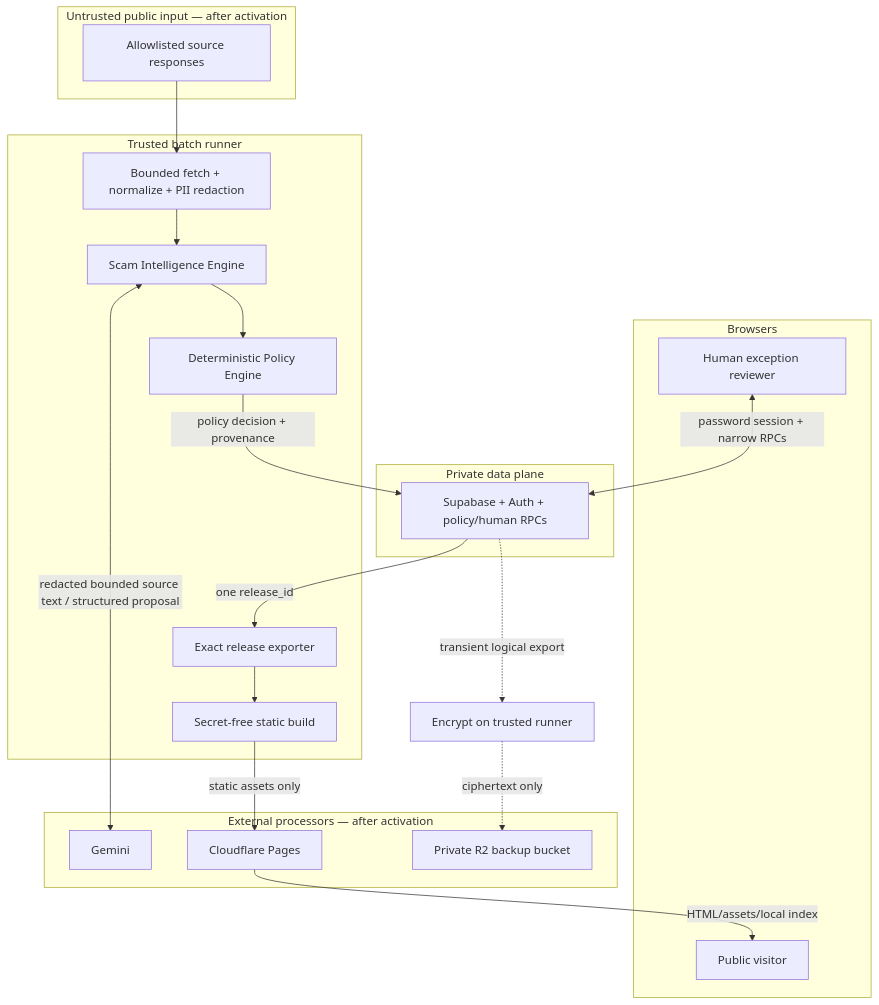
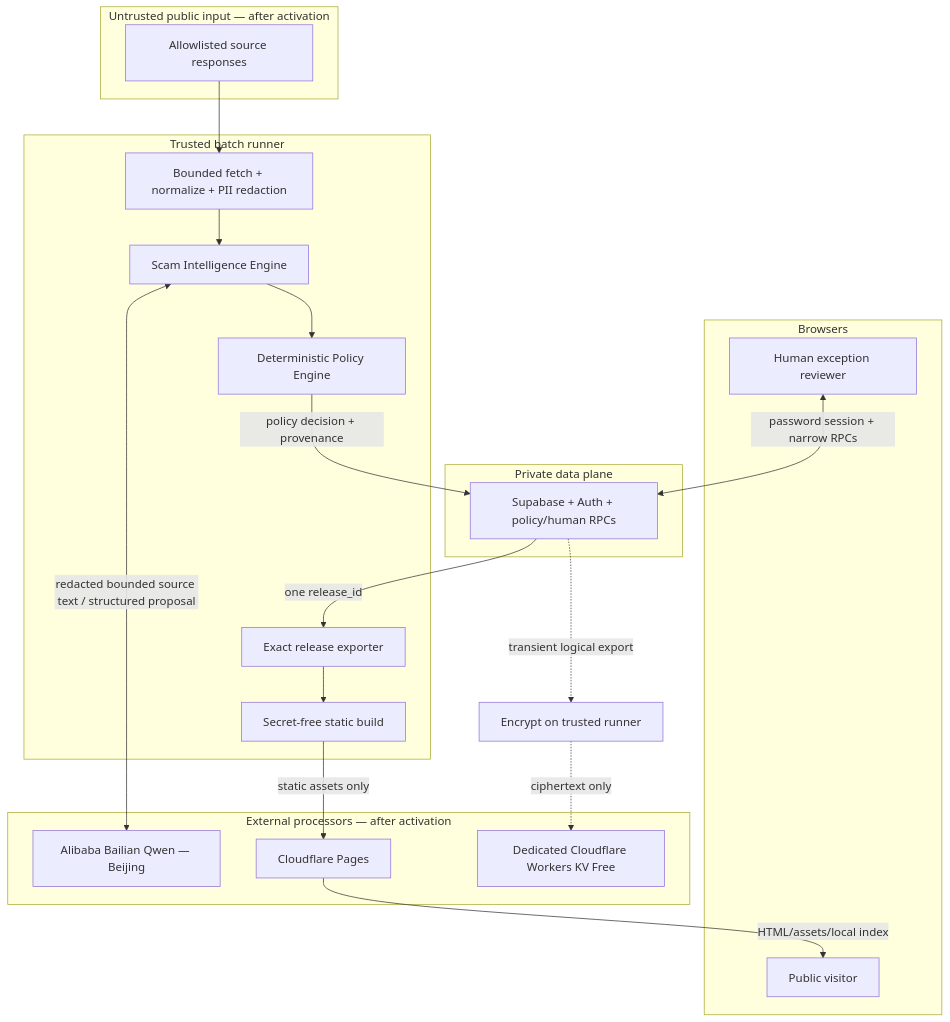
One commit to Insparian/scam-radar changed the first of 3 diagrams in docs/data-flow.md. Above: the diagram before and after it, drawn with Mermaid. The commit also changed other lines of this file and 22 other files, not shown here.

Commit message:
Isolate Cloudflare launch assets and stage free KV backups

````diff
--- a/docs/data-flow.md
+++ b/docs/data-flow.md
@@ -7,33 +7,33 @@
 ```mermaid
 flowchart TB
     subgraph U["Untrusted public input — after activation"]
       S["Allowlisted source responses"]
     end
     subgraph T["Trusted batch runner"]
       N["Bounded fetch + normalize + PII redaction"]
       P["Scam Intelligence Engine"]
       PE["Deterministic Policy Engine"]
       X["Exact release exporter"]
       B["Secret-free static build"]
     end
     subgraph E["External processors — after activation"]
-      G["Gemini"]
+      G["Alibaba Bailian Qwen — Beijing"]
       C["Cloudflare Pages"]
-      O["Private R2 backup bucket"]
+      O["Dedicated Cloudflare Workers KV Free"]
     end
     subgraph D["Private data plane"]
       DB["Supabase + Auth + policy/human RPCs"]
     end
     subgraph W["Browsers"]
       R["Human exception reviewer"]
       V["Public visitor"]
     end
 
     S --> N --> P --> PE
     P <-->|"redacted bounded source text / structured proposal"| G
     PE -->|"policy decision + provenance"| DB
     R <-->|"password session + narrow RPCs"| DB
     DB -->|"one release_id"| X --> B -->|"static assets only"| C
     DB -.->|"transient logical export"| K["Encrypt on trusted runner"] -.->|"ciphertext only"| O
     C -->|"HTML/assets/local index"| V
 ```
````
